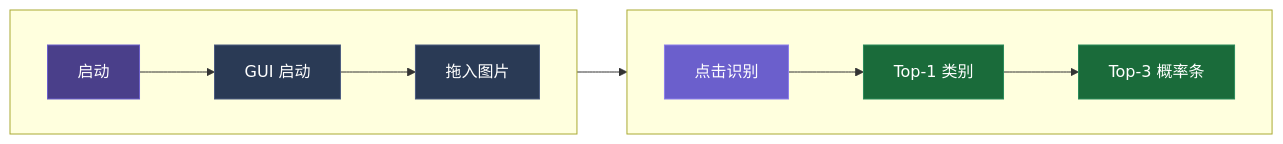
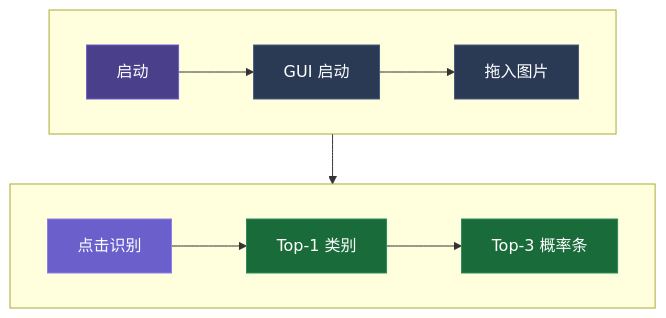
One commit to AnieerLhayK/cppCNN_vibecoding changed the diagram in docs/presentation/slidev/slides.md. Above: the diagram before and after it, drawn with Mermaid. The commit also changed 1 other file, not shown here.

Commit message:
fix: use TD outer layout so flowchart renders as 2 rows, silence Slidev-irrelevant markdownlint rules
- Changed flowchart outer container from LR to TD so subgraphs stack vertically
- Each subgraph retains direction LR for internal horizontal flow (2 rows × 3 cols)
- Added MD003, MD022, MD024, MD060 to markdownlint ignore list for Slidev format

````diff
--- a/docs/presentation/slidev/slides.md
+++ b/docs/presentation/slidev/slides.md
@@ -79,19 +79,19 @@
 ```mermaid
 %%{init: {'flowchart': {'useMaxWidth': false}}}%%
-flowchart LR
+flowchart TD
   subgraph row1[" "]
     direction LR
     A[启动] --> B[GUI 启动] --> C[拖入图片]
   end
   subgraph row2[" "]
     direction LR
     D[点击识别] --> E[Top-1 类别] --> F[Top-3 概率条]
   end
   C --> D
   style A fill:#4a3f8a,stroke:#6b5fcc,color:#fff
   style B fill:#2a3a55,stroke:#4a5a7f,color:#fff
   style C fill:#2a3a55,stroke:#4a5a7f,color:#fff
   style D fill:#6b5fcc,stroke:#8b7fec,color:#fff
   style E fill:#1a6b3a,stroke:#2a8b5a,color:#fff
   style F fill:#1a6b3a,stroke:#2a8b5a,color:#fff
 ```
````
